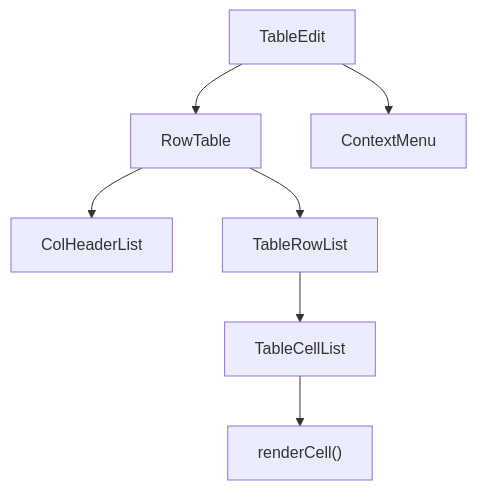
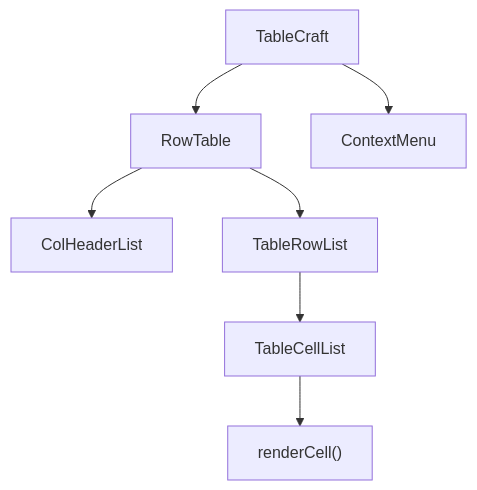
One commit to SebastianBaltes/customtable changed the first of 3 diagrams in README.md. Above: the diagram before and after it, drawn with Mermaid. The commit also changed other lines of this file and 29 other files, not shown here.

````diff
--- a/README.md
+++ b/README.md
@@ -276,17 +276,17 @@
 ```mermaid
 flowchart TD
-  CT["TableEdit"]
+  CT["TableCraft"]
   RT["RowTable"]
   CCH["ColHeaderList"]
   CR["TableRowList"]
   CC["TableCellList"]
   RC["renderCell()"]
   CM["ContextMenu"]
 
   CT --> RT
   RT --> CCH
   RT --> CR
   CR --> CC
   CC --> RC
   CT --> CM
 ```
````
